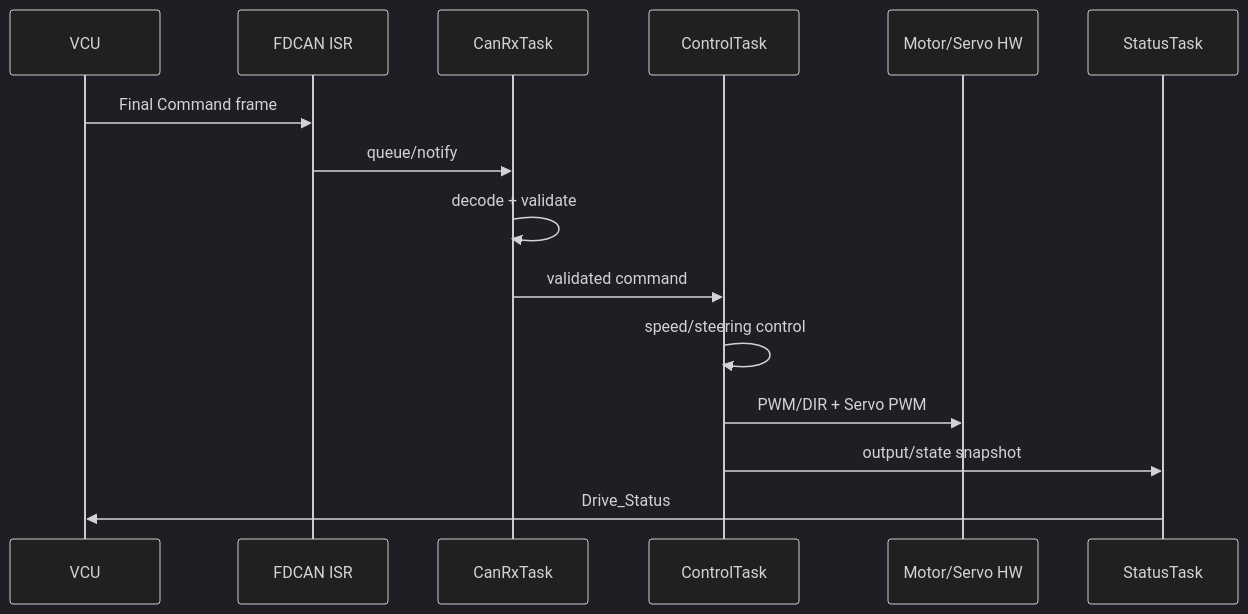
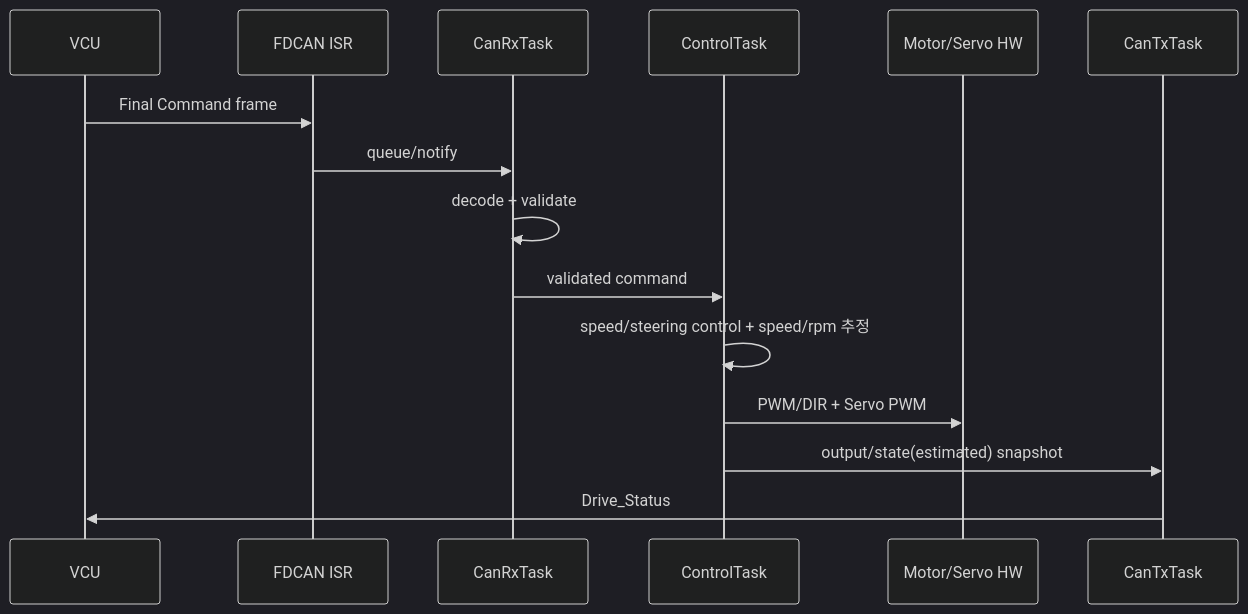
One commit to sunmaan22/SDV_MCU_Project changed the second of 5 diagrams in docs/ecus/Motor_Steering_Control/ARCHITECTURE.md. Above: the diagram before and after it, drawn with Mermaid (dark theme). The commit also changed other lines of this file and 28 other files, not shown here.

````diff
--- a/docs/ecus/Motor_Steering_Control/ARCHITECTURE.md
+++ b/docs/ecus/Motor_Steering_Control/ARCHITECTURE.md
@@ -301,18 +309,18 @@
 ```mermaid
 sequenceDiagram
     participant VCU
     participant ISR as FDCAN ISR
     participant RX as CanRxTask
     participant CTRL as ControlTask
     participant OUT as Motor/Servo HW
-    participant ST as StatusTask
+    participant TX as CanTxTask
 
     VCU->>ISR: Final Command frame
     ISR->>RX: queue/notify
     RX->>RX: decode + validate
     RX->>CTRL: validated command
-    CTRL->>CTRL: speed/steering control
+    CTRL->>CTRL: speed/steering control + speed/rpm 추정
     CTRL->>OUT: PWM/DIR + Servo PWM
-    CTRL->>ST: output/state snapshot
-    ST->>VCU: Drive_Status
+    CTRL->>TX: output/state(estimated) snapshot
+    TX->>VCU: Drive_Status
 ```
````
